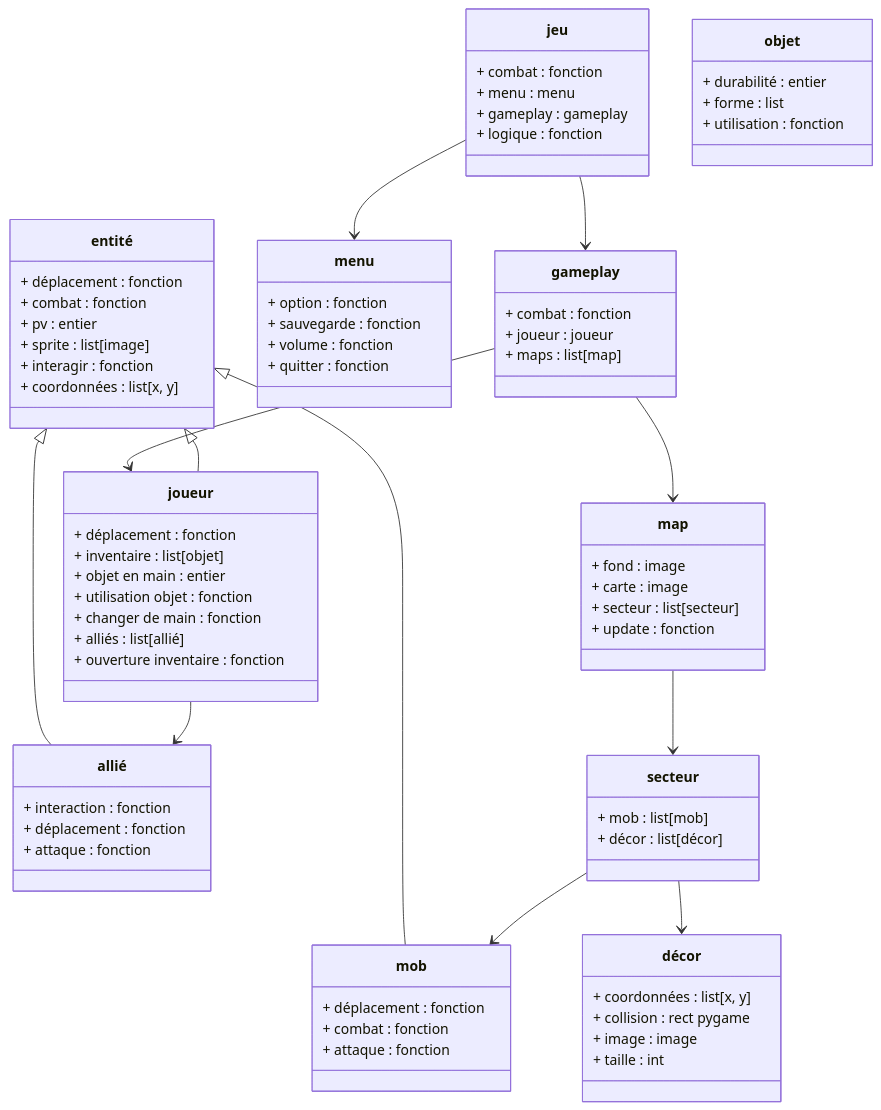
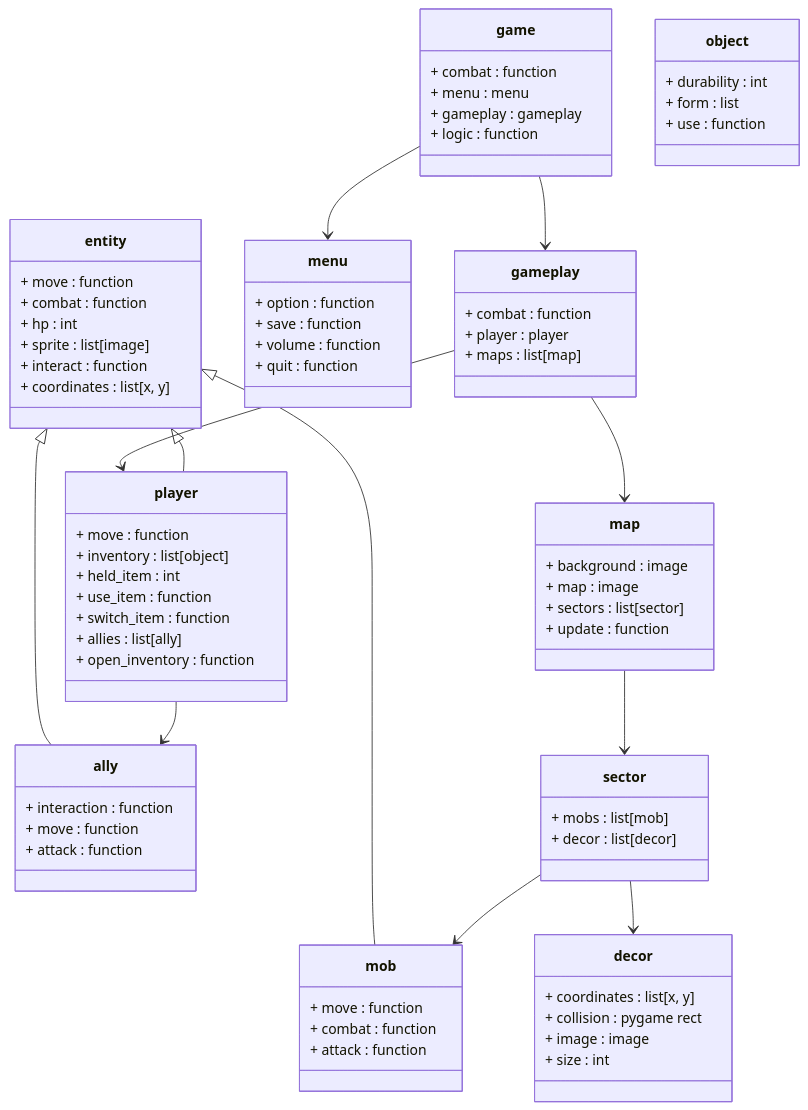
The diagram in classDiagram.mmd (flofgi/Projet-prog-IE), drawn with Mermaid before and after one commit. The commit also changed 1 other file, not shown here.

Commit message:
Refactor terminology in Dictionnaire-fonction.md and classDiagram.mmd for consistency and clarity

```diff
--- a/classDiagram.mmd
+++ b/classDiagram.mmd
@@ -1,78 +1,78 @@
 classDiagram
-    class jeu {
-        + combat : fonction
+    class game {
+        + combat : function
         + menu : menu
         + gameplay : gameplay
-        + logique : fonction
+        + logic : function
     }
     class gameplay {
-        + combat : fonction
-        + joueur : joueur
+        + combat : function
+        + player : player
         + maps : list[map]
     }
     class menu {
-        + option : fonction
-        + sauvegarde : fonction
-        + volume : fonction
-        + quitter : fonction
+        + option : function
+        + save : function
+        + volume : function
+        + quit : function
     }
-    class entité {
-        + déplacement : fonction
-        + combat : fonction
-        + pv : entier
+    class entity {
+        + move : function
+        + combat : function
+        + hp : int
         + sprite : list[image]
-        + interagir : fonction
-        + coordonnées : list[x, y]
+        + interact : function
+        + coordinates : list[x, y]
     }
     class mob {
-        + déplacement : fonction
-        + combat : fonction
-        + attaque : fonction
+        + move : function
+        + combat : function
+        + attack : function
     }
-    class objet {
-        + durabilité : entier
-        + forme : list
-        + utilisation : fonction
+    class object {
+        + durability : int
+        + form : list
+        + use : function
     }
     class map {
-        + fond : image
-        + carte : image
-        + secteur : list[secteur]
-        + update : fonction
+        + background : image
+        + map : image
+        + sectors : list[sector]
+        + update : function
     }
-    class joueur {
-        + déplacement : fonction
-        + inventaire : list[objet]
-        + objet en main : entier
-        + utilisation objet : fonction
-        + changer de main : fonction
-        + alliés : list[allié]
-        + ouverture inventaire : fonction
+    class player {
+        + move : function
+        + inventory : list[object]
+        + held_item : int
+        + use_item : function
+        + switch_item : function
+        + allies : list[ally]
+        + open_inventory : function
     }
-    class allié {
-        + interaction : fonction
-        + déplacement : fonction
-        + attaque : fonction
+    class ally {
+        + interaction : function
+        + move : function
+        + attack : function
     }
-    class secteur {
-        + mob : list[mob]
-        + décor : list[décor]
+    class sector {
+        + mobs : list[mob]
+        + decor : list[decor]
     }
-    class décor {
-        + coordonnées : list[x, y]
-        + collision : rect pygame
+    class decor {
+        + coordinates : list[x, y]
+        + collision : pygame rect
         + image : image
-        + taille : int
+        + size : int
     }
 
-    gameplay --> joueur
+    gameplay --> player
     gameplay --> map
-    jeu --> gameplay
-    jeu --> menu
-    entité <|-- joueur
-    entité <|-- mob    
-    entité <|-- allié
-    secteur --> mob
-    secteur --> décor
-    joueur --> allié
-    map --> secteur
+    game --> gameplay
+    game --> menu
+    entity <|-- player
+    entity <|-- mob    
+    entity <|-- ally
+    sector --> mob
+    sector --> decor
+    player --> ally
+    map --> sector
```
